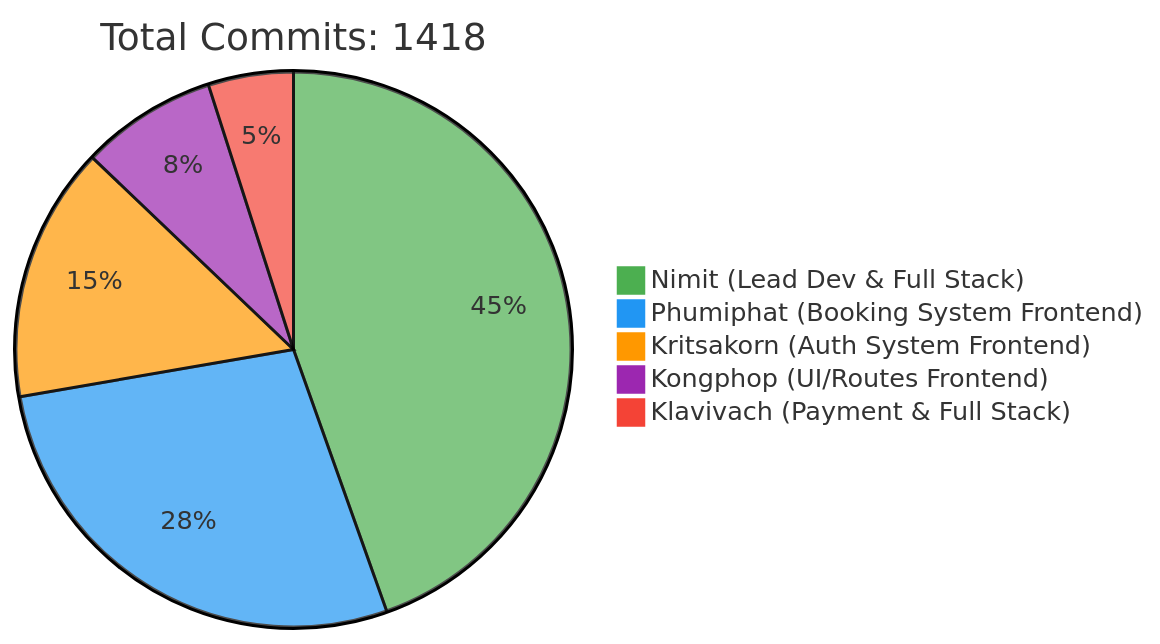
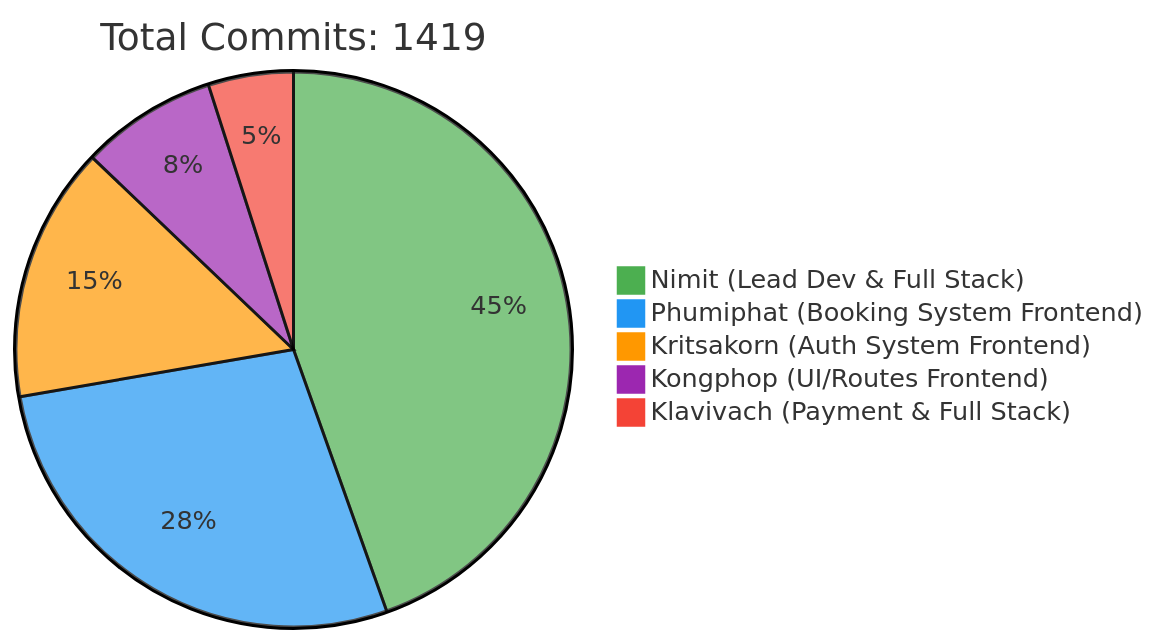
One commit to 6531503042/Sport-Complex changed the first of 2 diagrams in README.md. Above: the diagram before and after it, drawn with Mermaid. The commit also changed other lines of this file, not shown here.

Commit message:
docs: Update contributor statistics [skip ci]

````diff
--- a/README.md
+++ b/README.md
@@ -257,10 +257,10 @@
 ```mermaid
 %%{init: {'theme': 'base', 'themeVariables': { 'pie1': '#4CAF50', 'pie2': '#2196F3', 'pie3': '#FF9800', 'pie4': '#9C27B0', 'pie5': '#F44336'}}}%%
 pie
-    title Total Commits: 1418
+    title Total Commits: 1419
     "Nimit (Lead Dev & Full Stack)" : 450
     "Phumiphat (Booking System Frontend)" : 280
     "Kritsakorn (Auth System Frontend)" : 150
     "Kongphop (UI/Routes Frontend)" : 80
     "Klavivach (Payment & Full Stack)" : 50
 ```
````
